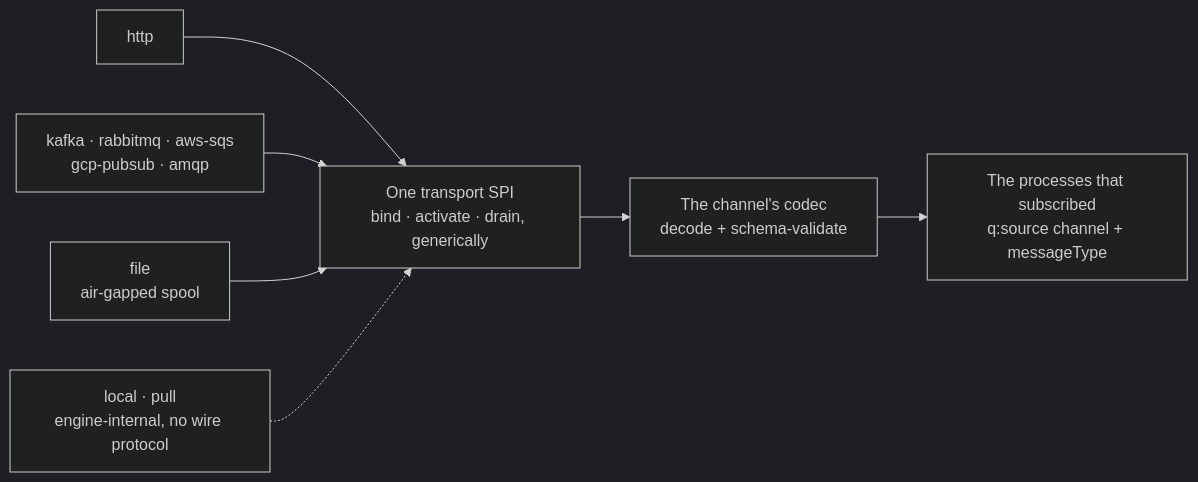
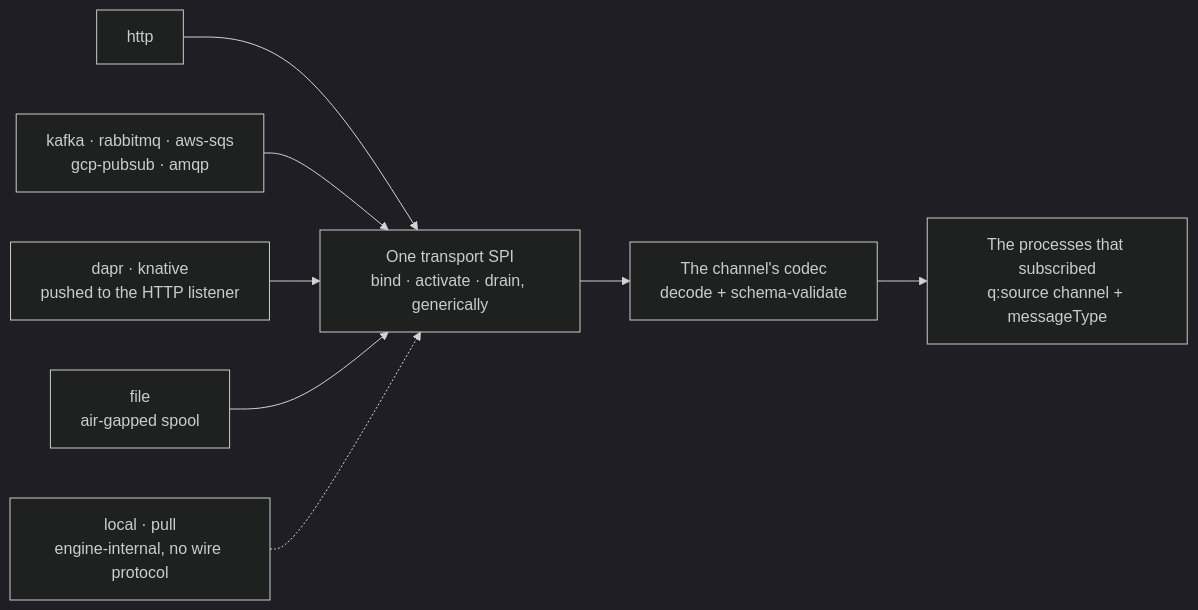
One commit to startr-trade/sutra changed the first of 2 diagrams in docs/src/building/channels.md. Above: the diagram before and after it, drawn with Mermaid (dark theme). The commit also changed other lines of this file and 1 other file, not shown here.

Commit message:
(docs) Add Darp and Knative documentation

````diff
--- a/docs/src/building/channels.md
+++ b/docs/src/building/channels.md
@@ -31,9 +31,10 @@
 ```mermaid
 flowchart LR
     H["http"] --> SPI
     B["kafka · rabbitmq · aws-sqs<br/>gcp-pubsub · amqp"] --> SPI
+    PU["dapr · knative<br/>pushed to the HTTP listener"] --> SPI
     F["file<br/>air-gapped spool"] --> SPI
     LP["local · pull<br/>engine-internal, no wire protocol"] -.-> SPI
     SPI["One transport SPI<br/>bind · activate · drain, generically"] --> CD["The channel's codec<br/>decode + schema-validate"]
     CD --> SUB["The processes that subscribed<br/>q:source channel + messageType"]
 ```
````
